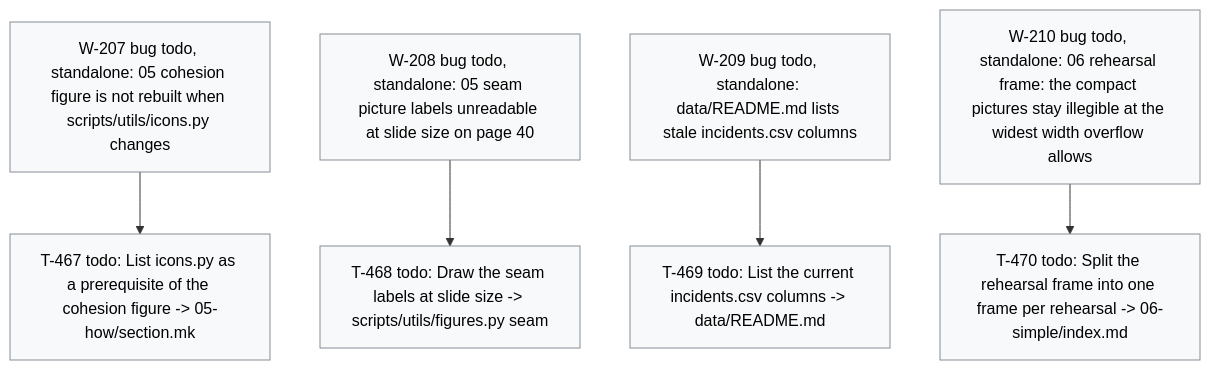
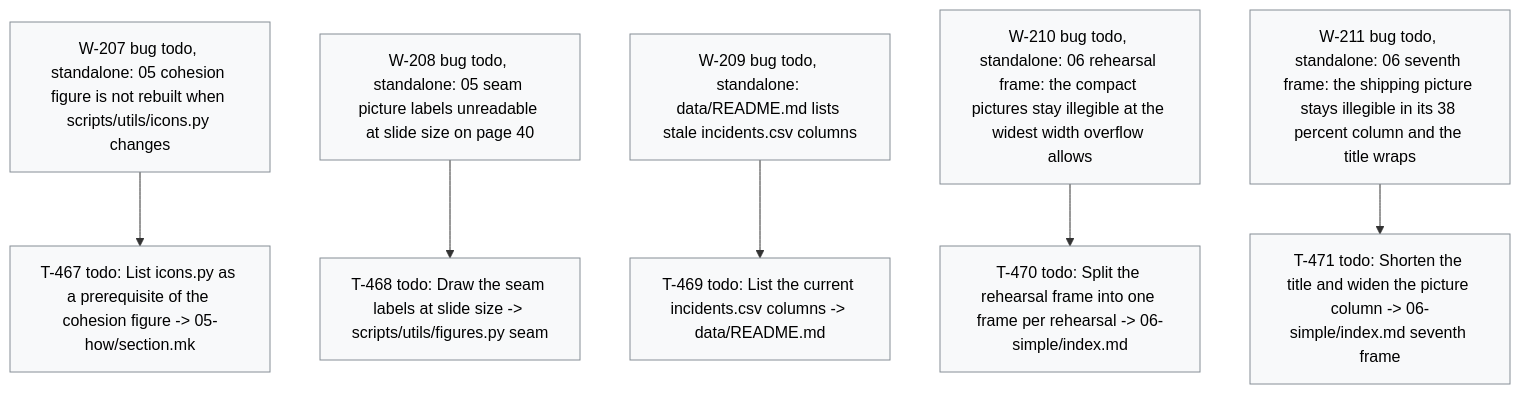
Before and after one commit to dpopchev/chaos-to-simple: the diagram in .board/BOARD.md, drawn with Mermaid. The commit also changed other lines of this file and 3 other files, not shown here.

Commit message:
chore(board): W-206 verified; file W-211 -- seventh frame picture and title (W-206, W-211, T-464)

````diff
--- a/.board/BOARD.md
+++ b/.board/BOARD.md
@@ -1223,17 +1224,19 @@
 ```mermaid
 flowchart TD
   W207["W-207 bug todo, standalone: 05 cohesion figure is not rebuilt when scripts/utils/icons.py changes"]
   W207 --> T467["T-467 todo: List icons.py as a prerequisite of the cohesion figure -> 05-how/section.mk"]
   W208["W-208 bug todo, standalone: 05 seam picture labels unreadable at slide size on page 40"]
   W208 --> T468["T-468 todo: Draw the seam labels at slide size -> scripts/utils/figures.py seam"]
   W209["W-209 bug todo, standalone: data/README.md lists stale incidents.csv columns"]
   W209 --> T469["T-469 todo: List the current incidents.csv columns -> data/README.md"]
   W210["W-210 bug todo, standalone: 06 rehearsal frame: the compact pictures stay illegible at the widest width overflow allows"]
   W210 --> T470["T-470 todo: Split the rehearsal frame into one frame per rehearsal -> 06-simple/index.md"]
+  W211["W-211 bug todo, standalone: 06 seventh frame: the shipping picture stays illegible in its 38 percent column and the title wraps"]
+  W211 --> T471["T-471 todo: Shorten the title and widen the picture column -> 06-simple/index.md seventh frame"]
   classDef doing fill:#fff3bf,stroke:#b58900,color:#000;
   classDef blocked fill:#ffe3e3,stroke:#c92a2a,color:#000;
   classDef done fill:#e6ffed,stroke:#2b8a3e,color:#000;
   classDef todo fill:#f8f9fa,stroke:#868e96,color:#000;
   classDef pruned fill:#f1f3f5,stroke:#adb5bd,color:#000;
-  class W207,T467,W208,T468,W209,T469,W210,T470 todo
+  class W207,T467,W208,T468,W209,T469,W210,T470,W211,T471 todo
 ```
````
